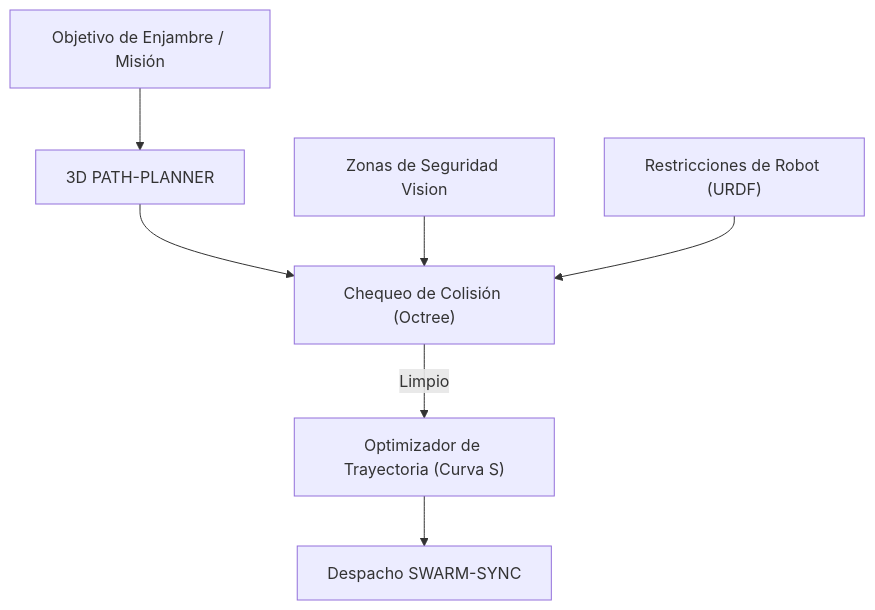
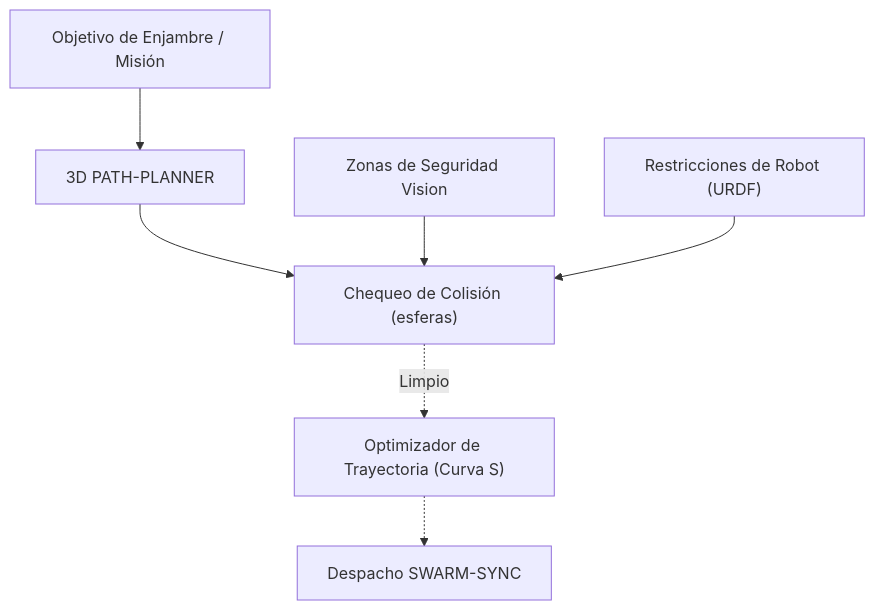
One commit to JuanenRac/HYDRA-UMC-PATH-PLANNER-3D changed the diagram in README_spa.md. Above: the diagram before and after it, drawn with Mermaid. The commit also changed other lines of this file and 20 other files, not shown here.

````diff
--- a/README_spa.md
+++ b/README_spa.md
@@ -39,9 +40,9 @@
 ```mermaid
 flowchart TB
     GOAL["Objetivo de Enjambre / Misión"] --> PLAN["3D PATH-PLANNER"]
-    PLAN --> COLL["Chequeo de Colisión (Octree)"]
+    PLAN --> COLL["Chequeo de Colisión (esferas)"]
     VIS["Zonas de Seguridad Vision"] --> COLL
     TWIN["Restricciones de Robot (URDF)"] --> COLL
-    COLL -- Limpio --> OPT["Optimizador de Trayectoria (Curva S)"]
-    OPT --> SYNC["Despacho SWARM-SYNC"]
+    COLL -. Limpio .-> OPT["Optimizador de Trayectoria (Curva S)"]
+    OPT -.-> SYNC["Despacho SWARM-SYNC"]
 ```
````
